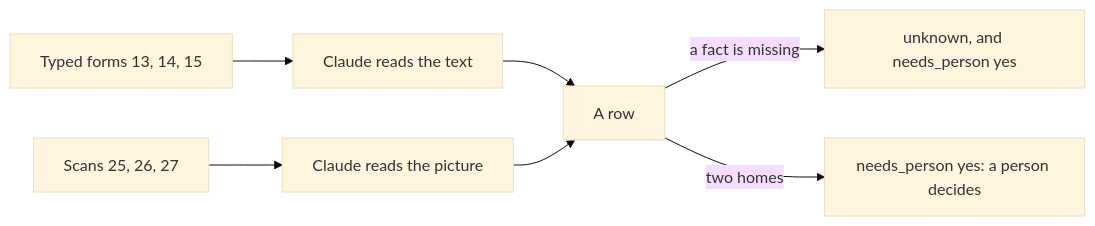
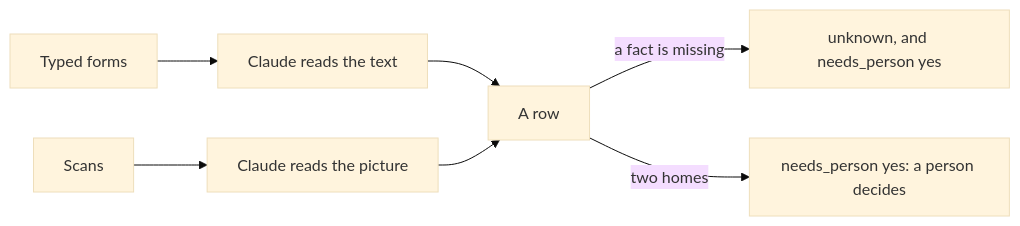
One commit to learnwithparam/ai-engineering-for-everyone changed the diagram in parts/02-ask-for-a-table/03-fix-the-messy-ones/problem/README.md. Above: the diagram before and after it, drawn with Mermaid (base theme). The commit also changed other lines of this file and 176 other files, not shown here.

````diff
--- a/parts/02-ask-for-a-table/03-fix-the-messy-ones/problem/README.md
+++ b/parts/02-ask-for-a-table/03-fix-the-messy-ones/problem/README.md
@@ -10,9 +7,9 @@
 ```mermaid
 flowchart LR
-  T[Typed forms 13, 14, 15] --> C[Claude reads the text]
-  S[Scans 25, 26, 27] --> V[Claude reads the picture]
+  T[Typed forms] --> C[Claude reads the text]
+  S[Scans] --> V[Claude reads the picture]
   C --> R[A row]
   V --> R
   R -->|a fact is missing| U[unknown, and needs_person yes]
   R -->|two homes| P[needs_person yes: a person decides]
 ```
````
